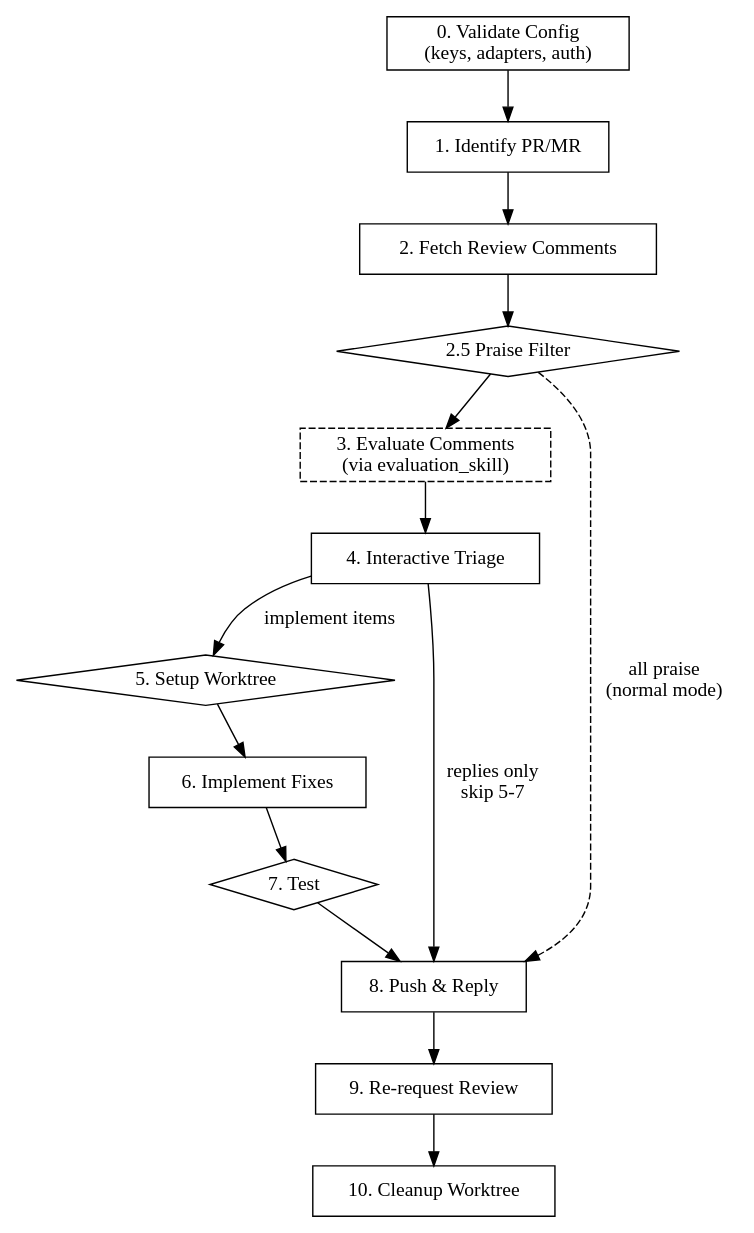
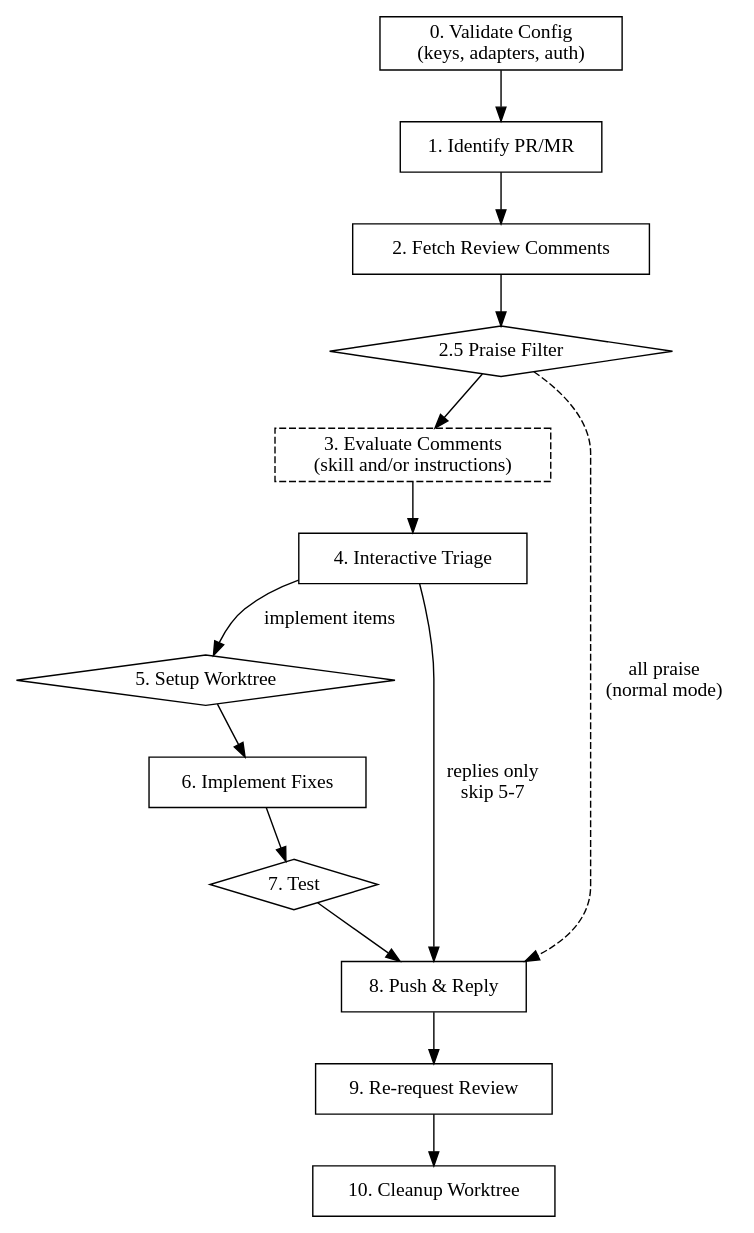
One commit to rodrigomanhaes/flowyeah changed the diagram in plugins/flowyeah/skills/respond/SKILL.md. Above: the diagram before and after it, drawn with Graphviz. The commit also changed other lines of this file and 2 other files, not shown here.

Commit message:
docs(respond): list code_review.instructions in config table, clarify branch labels and --own parity

````diff
--- a/plugins/flowyeah/skills/respond/SKILL.md
+++ b/plugins/flowyeah/skills/respond/SKILL.md
@@ -48,26 +48,26 @@
 ```dot
 digraph respond {
     rankdir=TB;
     node [shape=box];
 
     validate [label="0. Validate Config\n(keys, adapters, auth)"];
     identify [label="1. Identify PR/MR"];
     fetch [label="2. Fetch Review Comments"];
     praise_filter [label="2.5 Praise Filter" shape=diamond];
-    evaluate [label="3. Evaluate Comments\n(via evaluation_skill)" style=dashed];
+    evaluate [label="3. Evaluate Comments\n(skill and/or instructions)" style=dashed];
     triage [label="4. Interactive Triage"];
     worktree [label="5. Setup Worktree" shape=diamond];
     implement [label="6. Implement Fixes"];
     test [label="7. Test" shape=diamond];
     push_reply [label="8. Push & Reply"];
     rerequest [label="9. Re-request Review"];
     cleanup [label="10. Cleanup Worktree"];
 
     validate -> identify -> fetch -> praise_filter -> evaluate -> triage;
     praise_filter -> push_reply [label="all praise\n(normal mode)" style=dashed];
     triage -> worktree [label="implement items"];
     triage -> push_reply [label="replies only\nskip 5-7"];
     worktree -> implement -> test -> push_reply;
     push_reply -> rerequest -> cleanup;
 }
 ```
````
